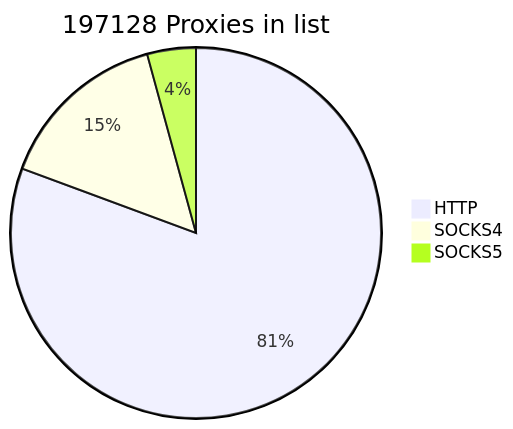
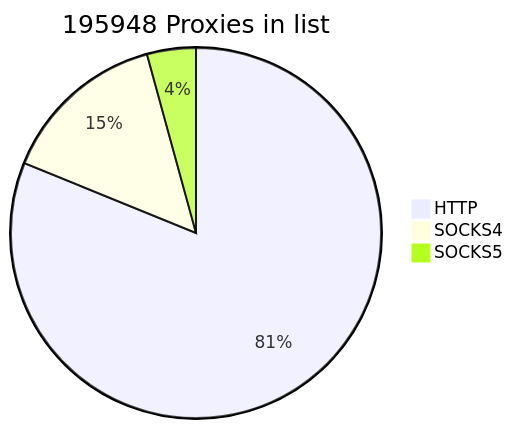
The first of 2 diagrams in README.md (cutipu/proxylist), drawn with Mermaid before and after one commit. The commit also changed other lines of this file, not shown here.

````diff
--- a/README.md
+++ b/README.md
@@ -2,7 +2,7 @@
 ```mermaid
-pie title 197128 Proxies in list
-    "HTTP" : 158969
-    "SOCKS4" : 29788
-    "SOCKS5" : 8371
+pie title 195948 Proxies in list
+    "HTTP" : 159023
+    "SOCKS4" : 28571
+    "SOCKS5" : 8354
             
 ```
````
